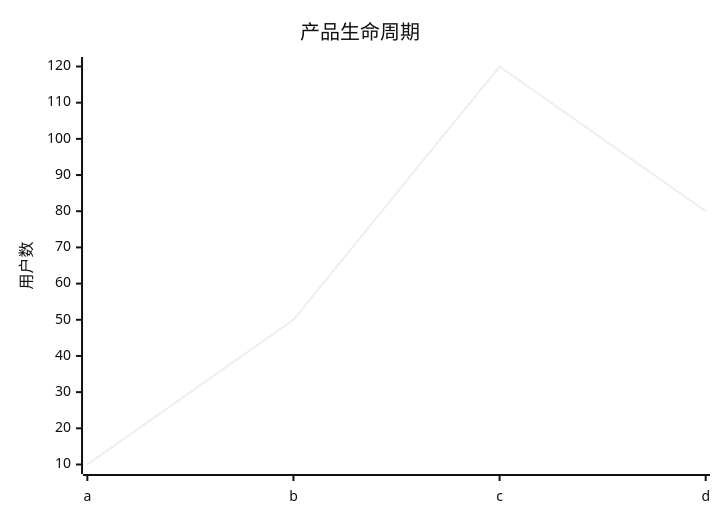
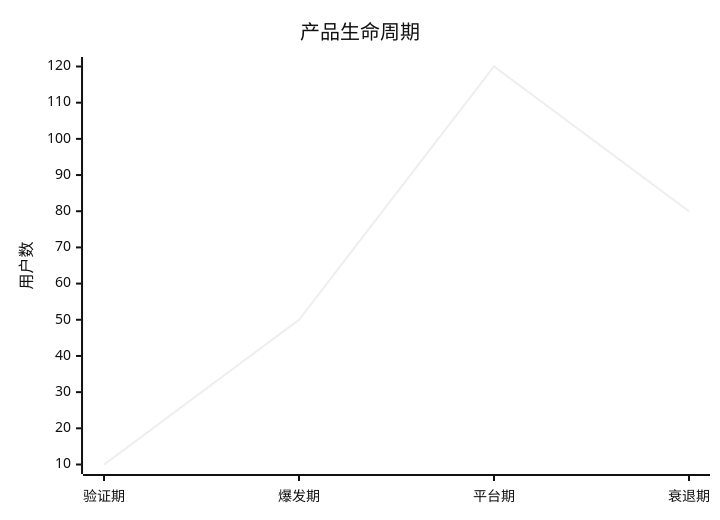
One commit to 0xcaffebabe/note changed the third of 3 diagrams in doc/产品/产品创新.md. Above: the diagram before and after it, drawn with Mermaid (neutral theme). The commit also changed other lines of this file and 1 other file, not shown here.

Commit message:
📦清理大图

````diff
--- a/doc/产品/产品创新.md
+++ b/doc/产品/产品创新.md
@@ -209,7 +224,7 @@
 ```mermaid
 xychart-beta
     title "产品生命周期"
-    x-axis [a,b,c,d]
+    x-axis ["验证期","爆发期","平台期","衰退期"]
     y-axis "用户数"
     line [10, 50, 120, 80]
 ```
````
